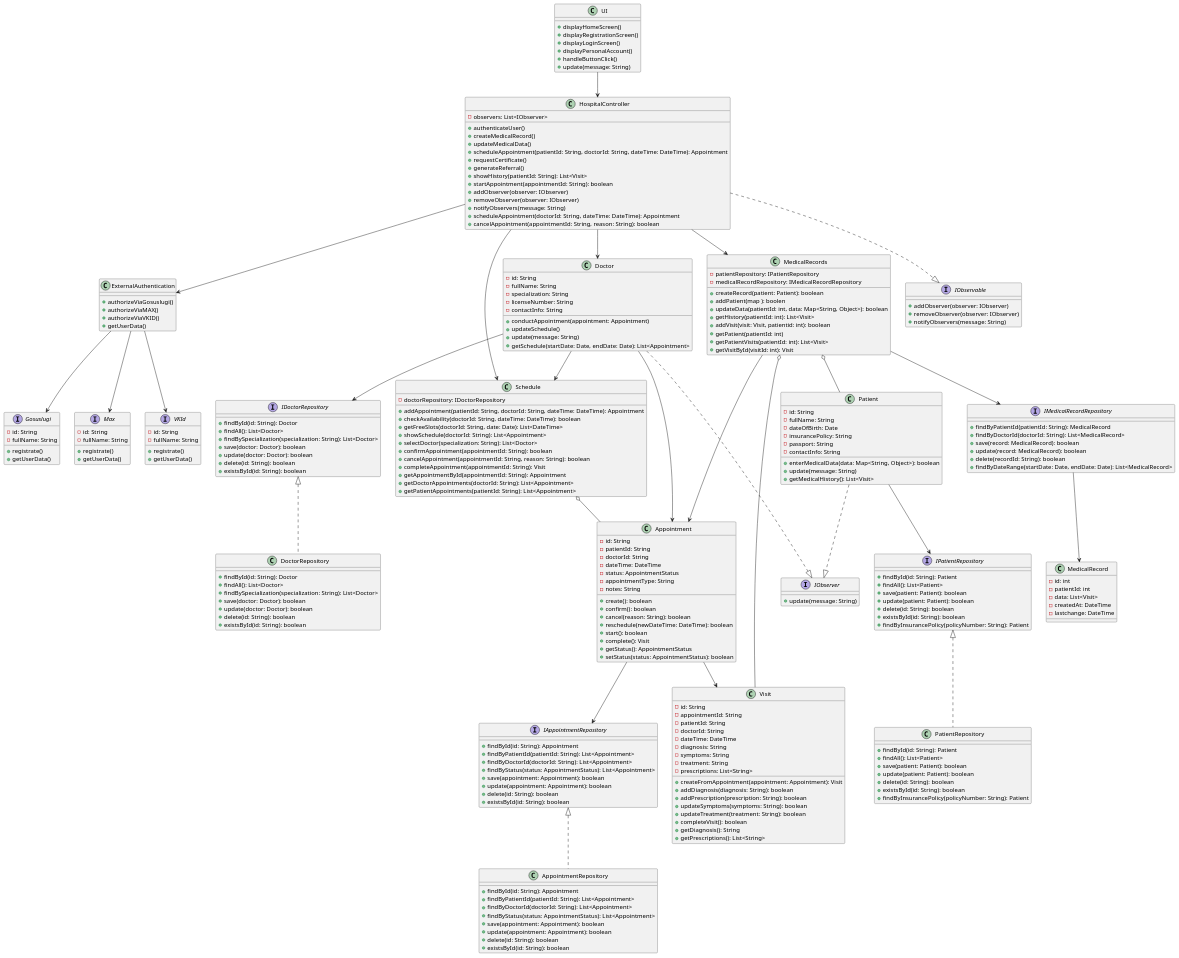
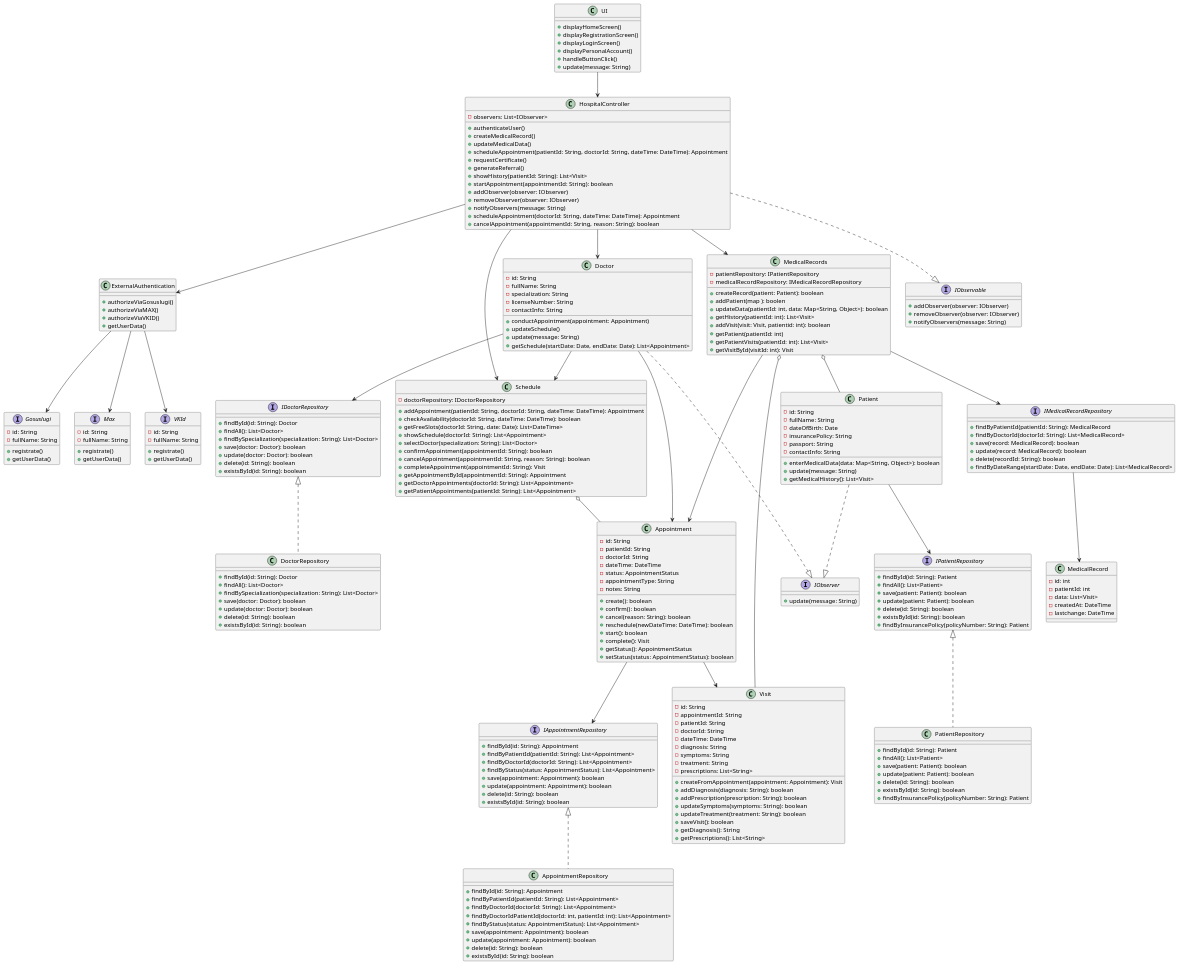
The diagram in ClassDiagram.md (penamarth/bsbo-02-23_team5_var3_clinic), drawn with PlantUML before and after one commit.

```diff
--- a/ClassDiagram.md
+++ b/ClassDiagram.md
@@ -125,6 +125,7 @@
     +findById(id: String): Appointment
     +findByPatientId(patientId: String): List<Appointment>
     +findByDoctorId(doctorId: String): List<Appointment>
+    +findByDoctorIdPatientId(doctorId: int, patientId: int): List<Appointment>
     +findByStatus(status: AppointmentStatus): List<Appointment>
     +save(appointment: Appointment): boolean
     +update(appointment: Appointment): boolean
@@ -174,7 +175,7 @@
     +addPrescription(prescription: String): boolean
     +updateSymptoms(symptoms: String): boolean
     +updateTreatment(treatment: String): boolean
-    +completeVisit(): boolean /' Вызывает MedicalRecords'/
+    +saveVisit(): boolean /' Вызывает MedicalRecords'/
     +getDiagnosis(): String
     +getPrescriptions(): List<String>
 }
```
